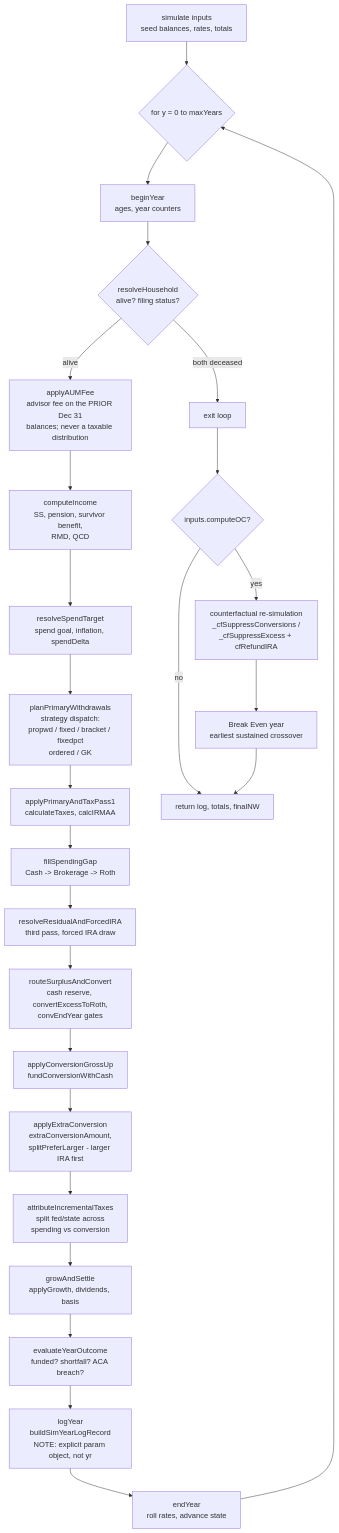
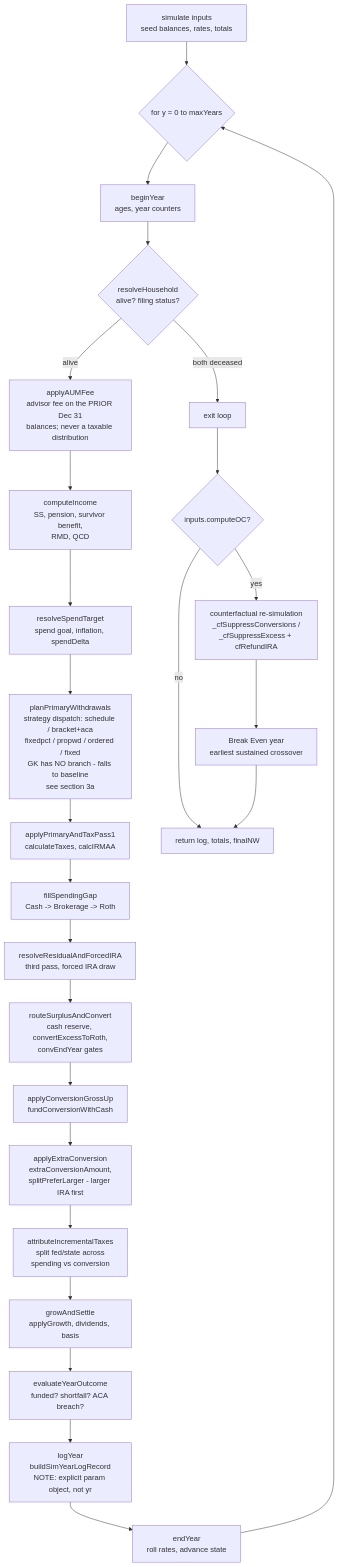
The third of 8 diagrams in ARCHITECTURE.md (nightskyguy/retirement_assets), drawn with Mermaid before and after one commit. The commit also changed other lines of this file, not shown here.

````diff
--- a/ARCHITECTURE.md
+++ b/ARCHITECTURE.md
@@ -158,29 +158,29 @@
 ```mermaid
 flowchart TD
     IN["simulate inputs<br/>seed balances, rates, totals"] --> LOOP{"for y = 0 to maxYears"}
     LOOP --> B["beginYear<br/>ages, year counters"]
     B --> H{"resolveHousehold<br/>alive? filing status?"}
     H -->|both deceased| DONE["exit loop"]
     H -->|alive| FEE["applyAUMFee<br/>advisor fee on the PRIOR Dec 31<br/>balances; never a taxable distribution"]
     FEE --> INC["computeIncome<br/>SS, pension, survivor benefit,<br/>RMD, QCD"]
     INC --> SPT["resolveSpendTarget<br/>spend goal, inflation, spendDelta"]
-    SPT --> PLAN["planPrimaryWithdrawals<br/>strategy dispatch:<br/>propwd / fixed / bracket / fixedpct<br/>ordered / GK"]
+    SPT --> PLAN["planPrimaryWithdrawals<br/>strategy dispatch: schedule / bracket+aca<br/>fixedpct / propwd / ordered / fixed<br/>GK has NO branch - falls to baseline<br/>see section 3a"]
     PLAN --> P1["applyPrimaryAndTaxPass1<br/>calculateTaxes, calcIRMAA"]
     P1 --> GAP["fillSpendingGap<br/>Cash -> Brokerage -> Roth"]
     GAP --> RESID["resolveResidualAndForcedIRA<br/>third pass, forced IRA draw"]
     RESID --> SURP["routeSurplusAndConvert<br/>cash reserve, convertExcessToRoth,<br/>convEndYear gates"]
     SURP --> GROSS["applyConversionGrossUp<br/>fundConversionWithCash"]
     GROSS --> EXTRA["applyExtraConversion<br/>extraConversionAmount,<br/>splitPreferLarger - larger IRA first"]
     EXTRA --> ATTR["attributeIncrementalTaxes<br/>split fed/state across<br/>spending vs conversion"]
     ATTR --> GROW["growAndSettle<br/>applyGrowth, dividends, basis"]
     GROW --> EVAL["evaluateYearOutcome<br/>funded? shortfall? ACA breach?"]
     EVAL --> LOG["logYear<br/>buildSimYearLogRecord<br/>NOTE: explicit param object, not yr"]
     LOG --> END["endYear<br/>roll rates, advance state"]
     END --> LOOP
 
     DONE --> OC{"inputs.computeOC?"}
     OC -->|yes| CF["counterfactual re-simulation<br/>_cfSuppressConversions /<br/>_cfSuppressExcess + cfRefundIRA"]
     CF --> BE["Break Even year<br/>earliest sustained crossover"]
     OC -->|no| OUT
     BE --> OUT["return log, totals, finalNW"]
 ```
````
